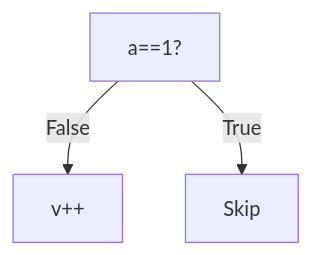
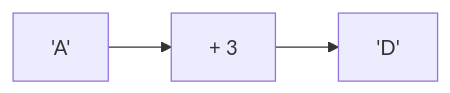
Before and after one commit to amnahwaida/OSNK_INF_PREP: diagram 15 of 25 in part-c-pemahaman-cpp/06-bitwise/latihan/set-02.md, drawn with Mermaid. The commit also changed other lines of this file and 71 other files, not shown here.

Commit message:
Fixed Mermaid syntax lexical errors with quoted labels in 1,800 questions

````diff
--- a/part-c-pemahaman-cpp/06-bitwise/latihan/set-02.md
+++ b/part-c-pemahaman-cpp/06-bitwise/latihan/set-02.md
@@ -482,5 +470,5 @@
 ```mermaid
-graph TD
-A[a==1?] -- False --> B[v++]
-A -- True --> C[Skip]
+graph LR
+A["'A'"] --> B["+ 3"]
+B --> C["'D'"]
 ```
````
